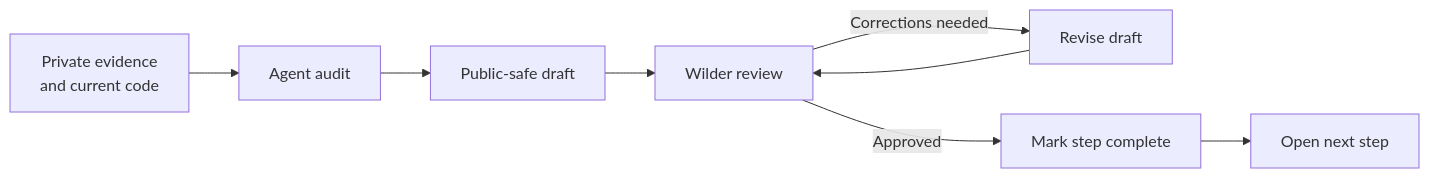
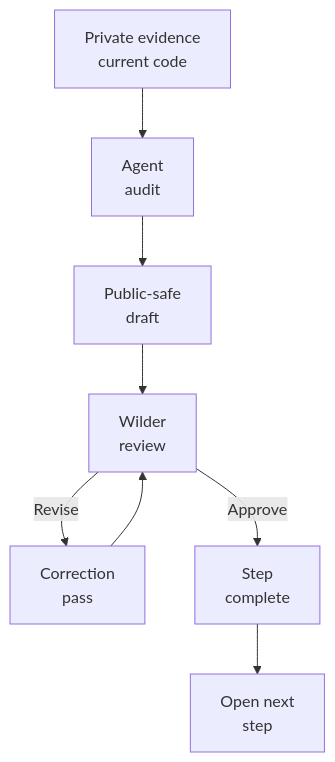
One commit to wilderruiz/millenova-project changed the first of 4 diagrams in MILLENOVA_PUBLIC_FACADE_IMPLEMENTATION_PLAN.md. Above: the diagram before and after it, drawn with Mermaid. The commit also changed other lines of this file, not shown here.

Commit message:
docs: apply shared Mermaid graph guide to publication plan

````diff
--- a/MILLENOVA_PUBLIC_FACADE_IMPLEMENTATION_PLAN.md
+++ b/MILLENOVA_PUBLIC_FACADE_IMPLEMENTATION_PLAN.md
@@ -57,10 +57,10 @@
 ```mermaid
-flowchart LR
-    A[Private evidence<br/>and current code] --> B[Agent audit]
-    B --> C[Public-safe draft]
-    C --> D[Wilder review]
-    D -->|Corrections needed| E[Revise draft]
+flowchart TD
+    A["Private evidence<br/>current code"] --> B["Agent<br/>audit"]
+    B --> C["Public-safe<br/>draft"]
+    C --> D["Wilder<br/>review"]
+    D -->|Revise| E["Correction<br/>pass"]
     E --> D
-    D -->|Approved| F[Mark step complete]
-    F --> G[Open next step]
+    D -->|Approve| F["Step<br/>complete"]
+    F --> G["Open next<br/>step"]
 ```
````
